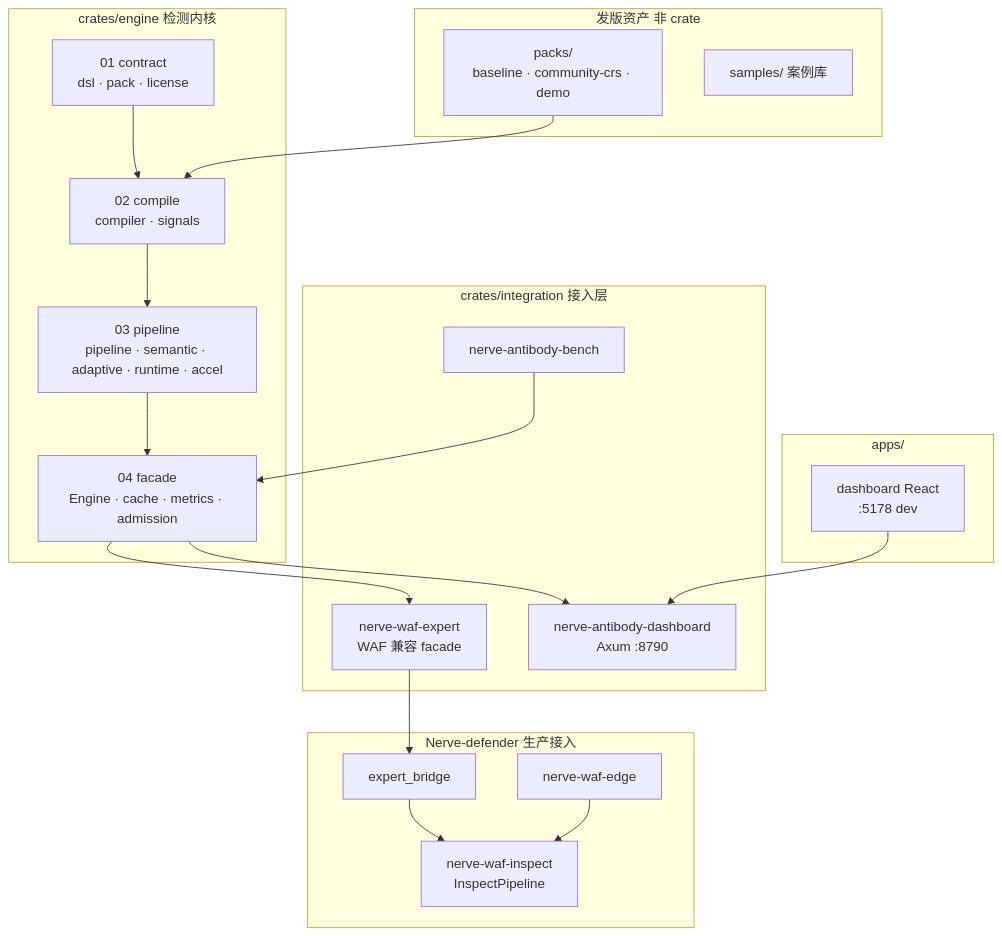
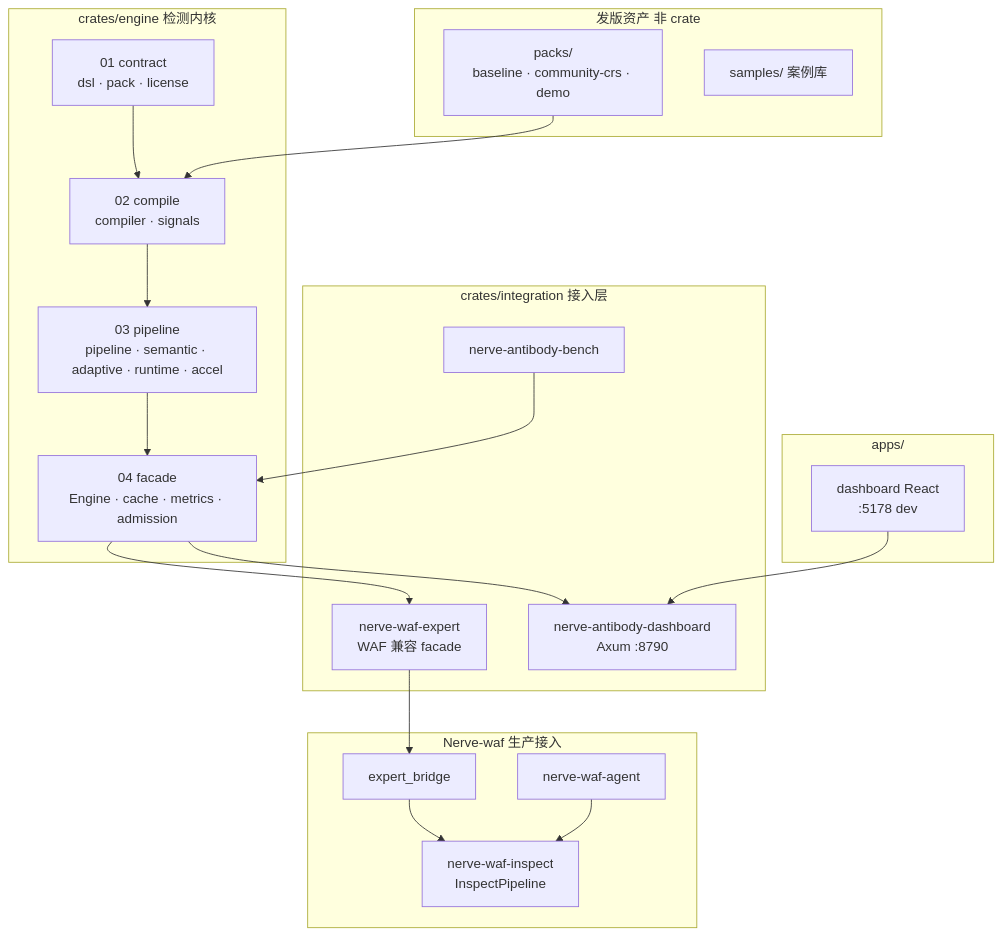
The first of 6 diagrams in docs/SYSTEM-ARCHITECTURE-zh.md (aha-iii/antibody), drawn with Mermaid before and after one commit. The commit also changed other lines of this file and 18 other files, not shown here.

````diff
--- a/docs/SYSTEM-ARCHITECTURE-zh.md
+++ b/docs/SYSTEM-ARCHITECTURE-zh.md
@@ -11,40 +11,40 @@
 ```mermaid
 flowchart TB
   subgraph assets [发版资产 非 crate]
     Packs["packs/\nbaseline · community-crs · demo"]
     Samples["samples/ 案例库"]
   end
 
   subgraph engine [crates/engine 检测内核]
     C1["01 contract\ndsl · pack · license"]
     C2["02 compile\ncompiler · signals"]
     C3["03 pipeline\npipeline · semantic · adaptive · runtime · accel"]
     C4["04 facade\nEngine · cache · metrics · admission"]
     C1 --> C2 --> C3 --> C4
   end
 
   subgraph integration [crates/integration 接入层]
     Expert["nerve-waf-expert\nWAF 兼容 facade"]
     DashAPI["nerve-antibody-dashboard\nAxum :8790"]
     Bench["nerve-antibody-bench"]
   end
 
   subgraph apps [apps/]
     UI["dashboard React\n:5178 dev"]
   end
 
-  subgraph waf [Nerve-defender 生产接入]
-    Edge["nerve-waf-edge"]
+  subgraph waf [Nerve-waf 生产接入]
+    Edge["nerve-waf-agent"]
     Inspect["nerve-waf-inspect\nInspectPipeline"]
     Bridge["expert_bridge"]
   end
 
   Packs --> C2
   C4 --> Expert
   C4 --> DashAPI
   Expert --> Bridge
   Bridge --> Inspect
   Edge --> Inspect
   UI --> DashAPI
   Bench --> C4
 ```
````
